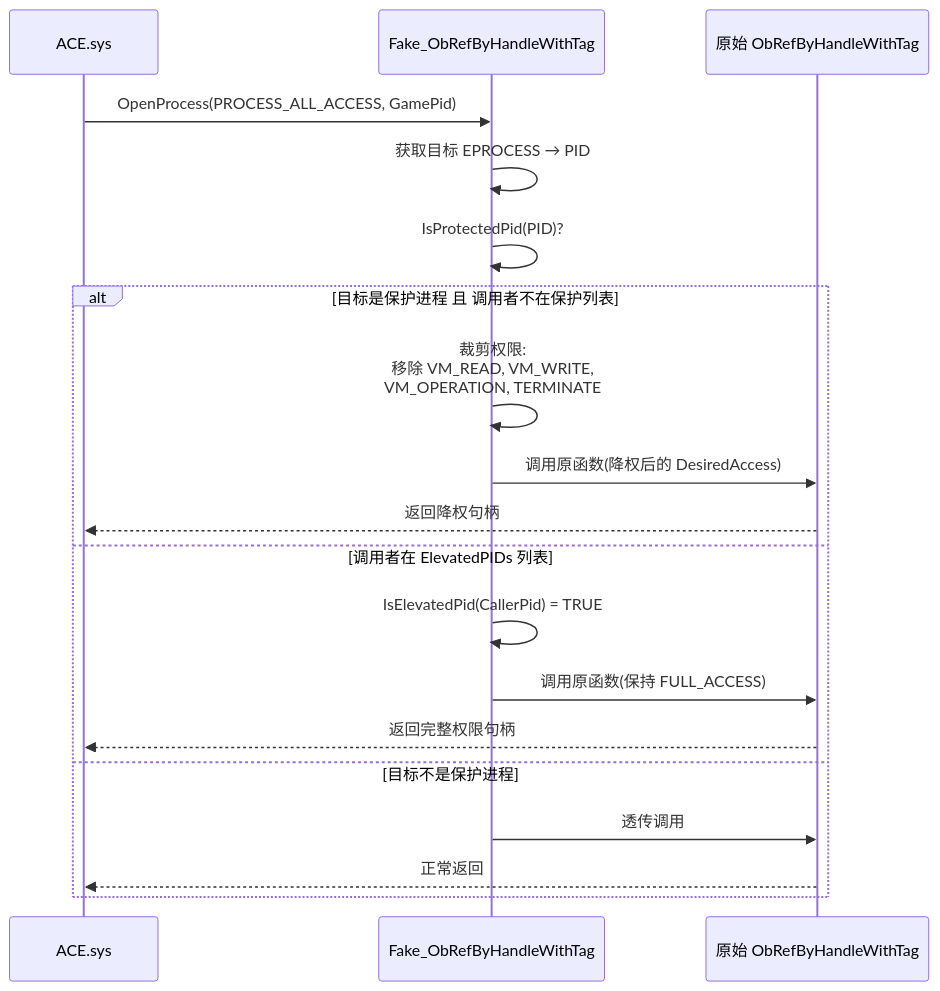
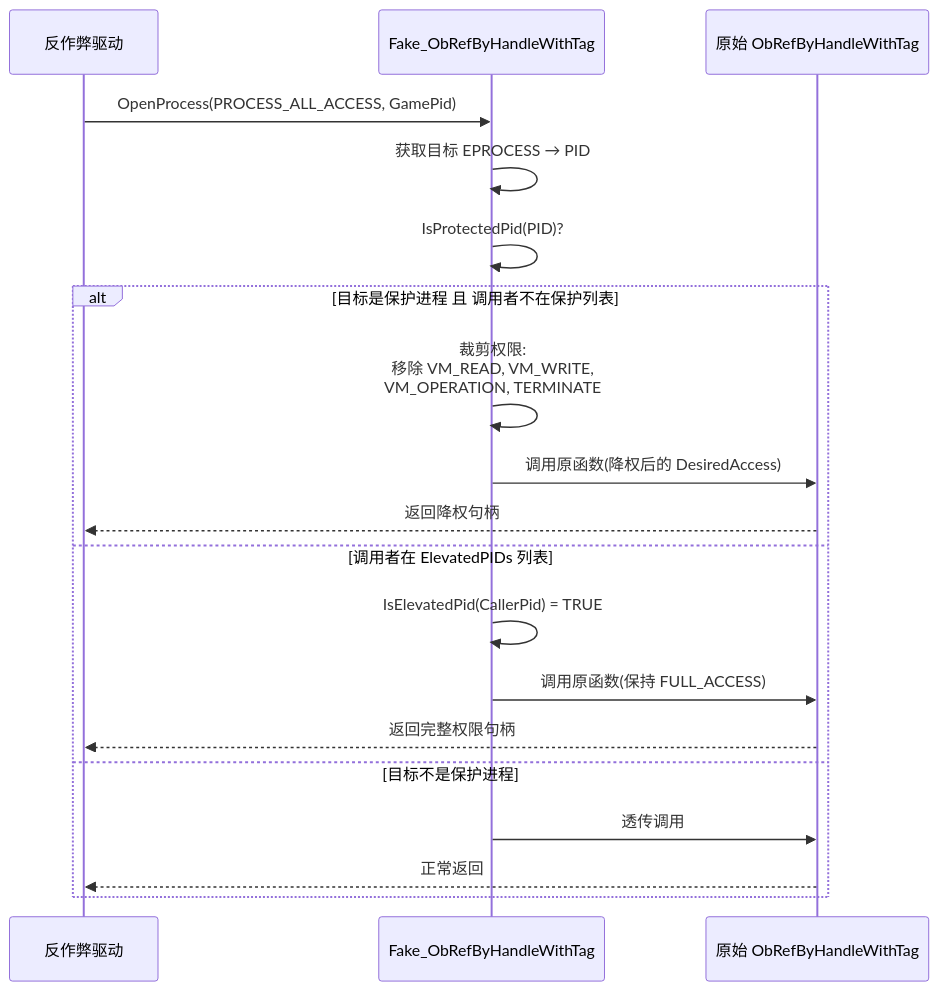
One commit to a619350644/SvmDebug changed diagram 13 of 24 in SvmDebug_设计文档.md. Above: the diagram before and after it, drawn with Mermaid. The commit also changed other lines of this file, not shown here.

````diff
--- a/SvmDebug_设计文档.md
+++ b/SvmDebug_设计文档.md
@@ -737,23 +737,23 @@
 ```mermaid
 sequenceDiagram
-    participant ACE as ACE.sys
+    participant AntiCheat as 反作弊驱动
     participant Hook as Fake_ObRefByHandleWithTag
     participant Orig as 原始 ObRefByHandleWithTag
 
-    ACE->>Hook: OpenProcess(PROCESS_ALL_ACCESS, GamePid)
+    AntiCheat->>Hook: OpenProcess(PROCESS_ALL_ACCESS, GamePid)
     Hook->>Hook: 获取目标 EPROCESS → PID
     Hook->>Hook: IsProtectedPid(PID)?
     
     alt 目标是保护进程 且 调用者不在保护列表
         Hook->>Hook: 裁剪权限:<br/>移除 VM_READ, VM_WRITE,<br/>VM_OPERATION, TERMINATE
         Hook->>Orig: 调用原函数(降权后的 DesiredAccess)
-        Orig-->>ACE: 返回降权句柄
+        Orig-->>AntiCheat: 返回降权句柄
     else 调用者在 ElevatedPIDs 列表
         Hook->>Hook: IsElevatedPid(CallerPid) = TRUE
         Hook->>Orig: 调用原函数(保持 FULL_ACCESS)
-        Orig-->>ACE: 返回完整权限句柄
+        Orig-->>AntiCheat: 返回完整权限句柄
     else 目标不是保护进程
         Hook->>Orig: 透传调用
-        Orig-->>ACE: 正常返回
+        Orig-->>AntiCheat: 正常返回
     end
 ```
````
